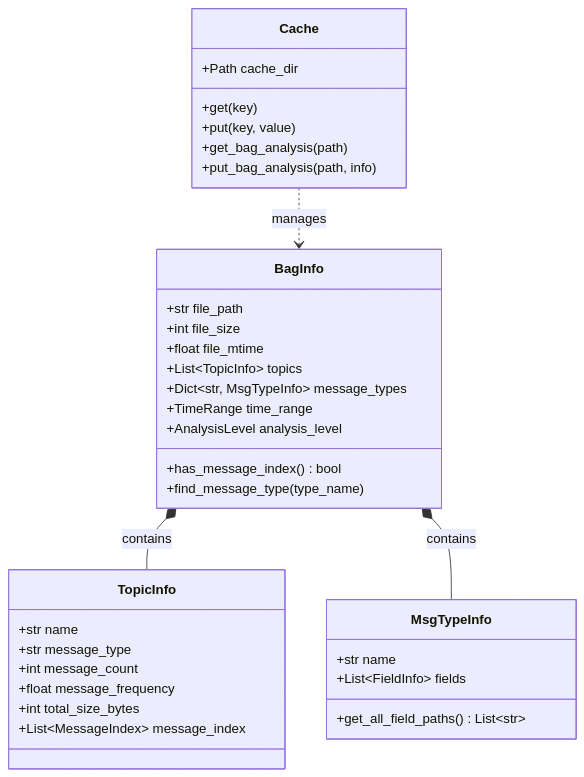
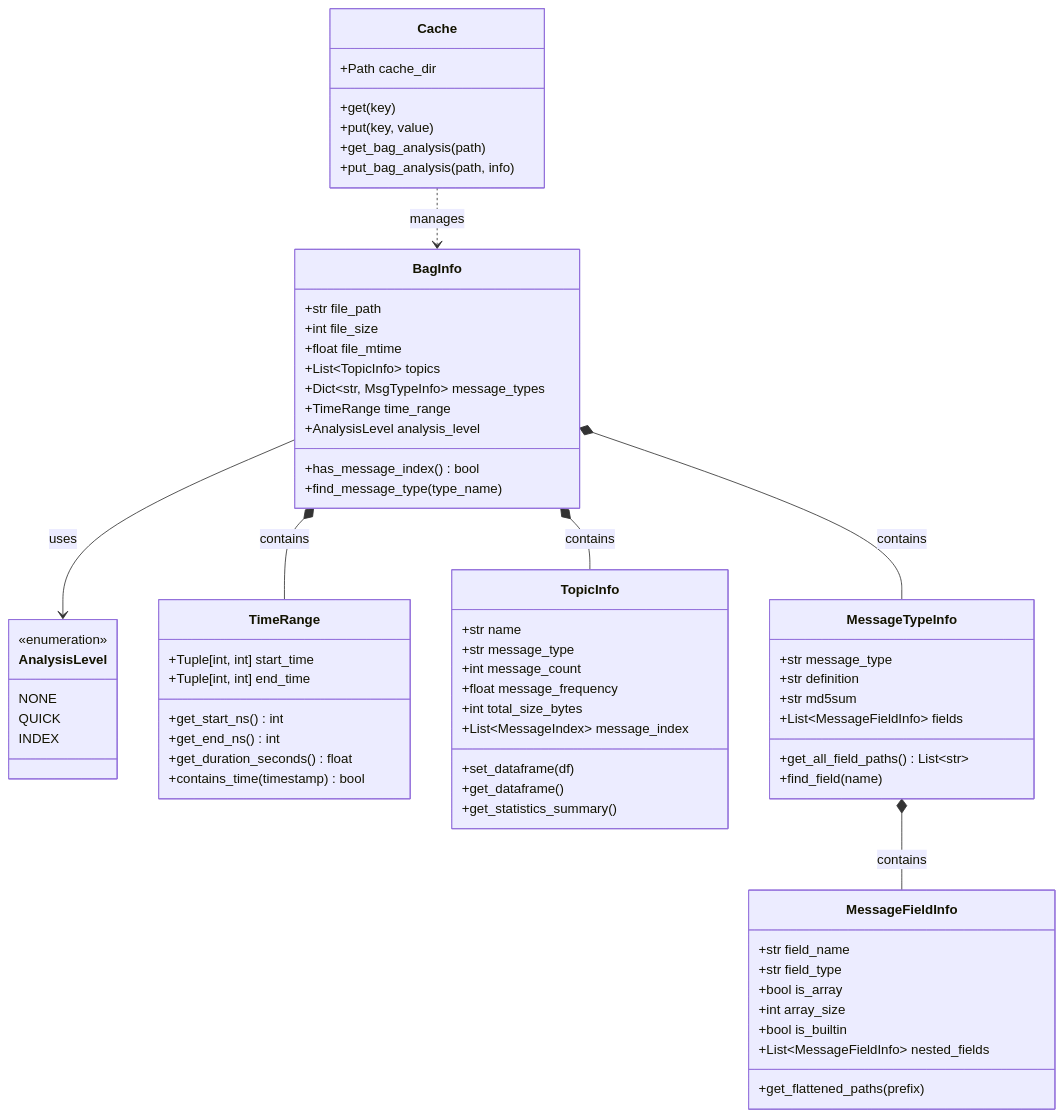
The first of 9 diagrams in docs/design.md (hanxiaomax/rose), drawn with Mermaid before and after one commit. The commit also changed other lines of this file and 4 other files, not shown here.

````diff
--- a/docs/design.md
+++ b/docs/design.md
@@ -9,41 +9,76 @@
 ```mermaid
 classDiagram
+    class AnalysisLevel {
+        <<enumeration>>
+        NONE
+        QUICK
+        INDEX
+    }
+
+    class TimeRange {
+        +Tuple[int, int] start_time
+        +Tuple[int, int] end_time
+        +get_start_ns() int
+        +get_end_ns() int
+        +get_duration_seconds() float
+        +contains_time(timestamp) bool
+    }
+
     class BagInfo {
         +str file_path
         +int file_size
         +float file_mtime
         +List~TopicInfo~ topics
         +Dict~str, MsgTypeInfo~ message_types
         +TimeRange time_range
         +AnalysisLevel analysis_level
         +has_message_index() bool
         +find_message_type(type_name)
     }
 
     class TopicInfo {
         +str name
         +str message_type
         +int message_count
         +float message_frequency
         +int total_size_bytes
         +List~MessageIndex~ message_index
+        +set_dataframe(df)
+        +get_dataframe()
+        +get_statistics_summary()
     }
 
-    class MsgTypeInfo {
-        +str name
-        +List~FieldInfo~ fields
+    class MessageTypeInfo {
+        +str message_type
+        +str definition
+        +str md5sum
+        +List~MessageFieldInfo~ fields
         +get_all_field_paths() List~str~
+        +find_field(name)
+    }
+
+    class MessageFieldInfo {
+        +str field_name
+        +str field_type
+        +bool is_array
+        +int array_size
+        +bool is_builtin
+        +List~MessageFieldInfo~ nested_fields
+        +get_flattened_paths(prefix)
     }
 
     class Cache {
         +Path cache_dir
         +get(key)
         +put(key, value)
         +get_bag_analysis(path)
         +put_bag_analysis(path, info)
     }
 
     BagInfo *-- TopicInfo : contains
-    BagInfo *-- MsgTypeInfo : contains
+    BagInfo *-- MessageTypeInfo : contains
+    BagInfo *-- TimeRange : contains
+    BagInfo --> AnalysisLevel : uses
+    MessageTypeInfo *-- MessageFieldInfo : contains
     Cache ..> BagInfo : manages
 ```
````
